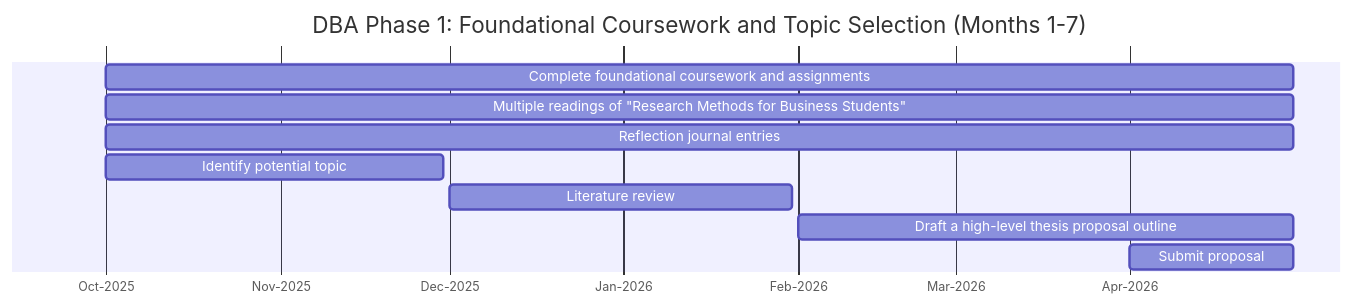
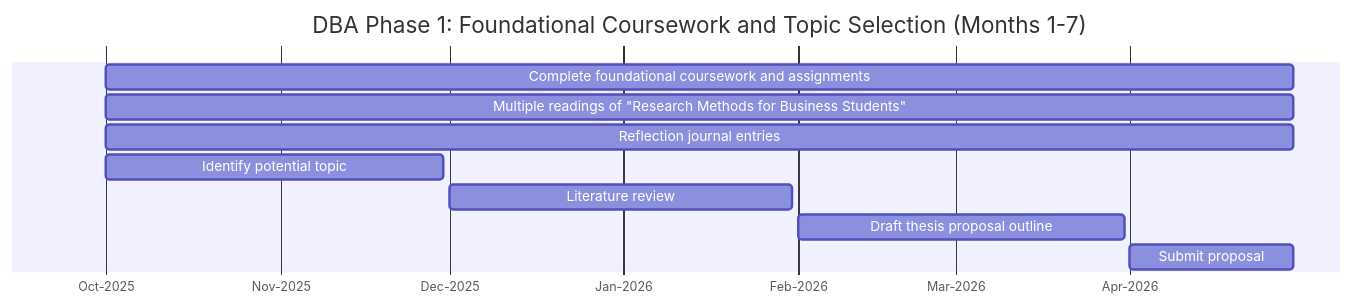
The diagram in assets/mermaid/dba_phase_1_foundational_coursework_and_topic.md (cw18-coder/ESGCIDBA_Website), drawn with Mermaid before and after one commit. The commit also changed other lines of this file and 3 other files, not shown here.

Commit message:
feat: Update thesis proposal outline dates for clarity and consistency across documentation

````diff
--- a/assets/mermaid/dba_phase_1_foundational_coursework_and_topic.md
+++ b/assets/mermaid/dba_phase_1_foundational_coursework_and_topic.md
@@ -3,14 +3,14 @@
 ```mermaid
 gantt
     title DBA Phase 1: Foundational Coursework and Topic Selection (Months 1-7)
     dateFormat YYYY-MM-DD
     axisFormat %b-%Y
     
     Complete foundational coursework and assignments : 2025-10-01, 2026-04-30
     Multiple readings of "Research Methods for Business Students" : 2025-10-01, 2026-04-30
     Reflection journal entries : 2025-10-01, 2026-04-30
     Identify potential topic : 2025-10-01, 2025-11-30
     Literature review : 2025-12-01, 2026-01-31
-    Draft a high-level thesis proposal outline : 2026-02-01, 2026-04-30
+    Draft thesis proposal outline : 2026-02-01, 2026-03-31
     Submit proposal : 2026-04-01, 2026-04-30
 ```
````
